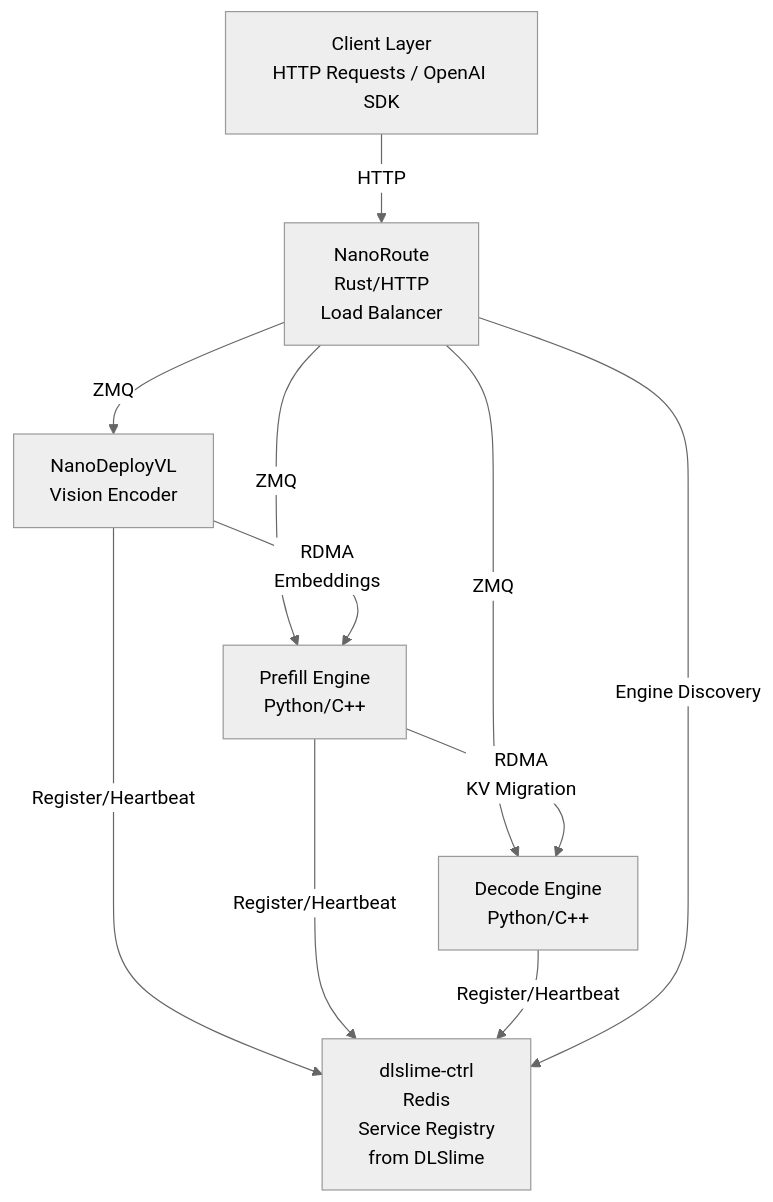
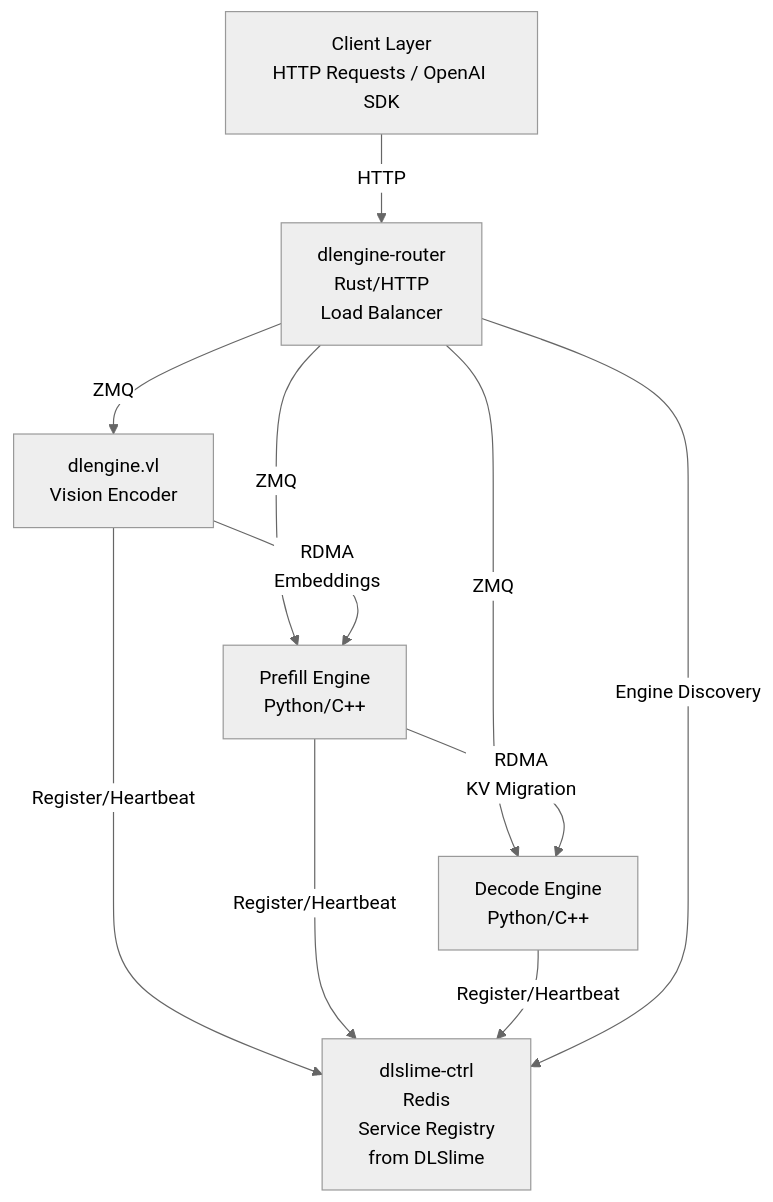
One commit to DeepLink-org/NanoDeploy changed the diagram in README.md. Above: the diagram before and after it, drawn with Mermaid (neutral theme). The commit also changed other lines of this file and 453 other files, not shown here.

````diff
--- a/README.md
+++ b/README.md
@@ -45,20 +44,20 @@
 ```mermaid
 graph TB
     Client[Client Layer<br/>HTTP Requests / OpenAI SDK]
-    Route[NanoRoute<br/>Rust/HTTP<br/>Load Balancer]
-    VL[NanoDeployVL<br/>Vision Encoder]
+    Route[dlengine-router<br/>Rust/HTTP<br/>Load Balancer]
+    VL[dlengine.vl<br/>Vision Encoder]
     Prefill[Prefill Engine<br/>Python/C++]
     Decode[Decode Engine<br/>Python/C++]
     Ctrl[dlslime-ctrl<br/>Redis<br/>Service Registry<br/>from DLSlime]
 
     Client -->|HTTP| Route
     Route -->|ZMQ| VL
     Route -->|ZMQ| Prefill
     Route -->|ZMQ| Decode
     VL -->|RDMA<br/>Embeddings| Prefill
     Prefill -->|RDMA<br/>KV Migration| Decode
     VL -->|Register/Heartbeat| Ctrl
     Prefill -->|Register/Heartbeat| Ctrl
     Decode -->|Register/Heartbeat| Ctrl
     Route -->|Engine Discovery| Ctrl
 ```
````
